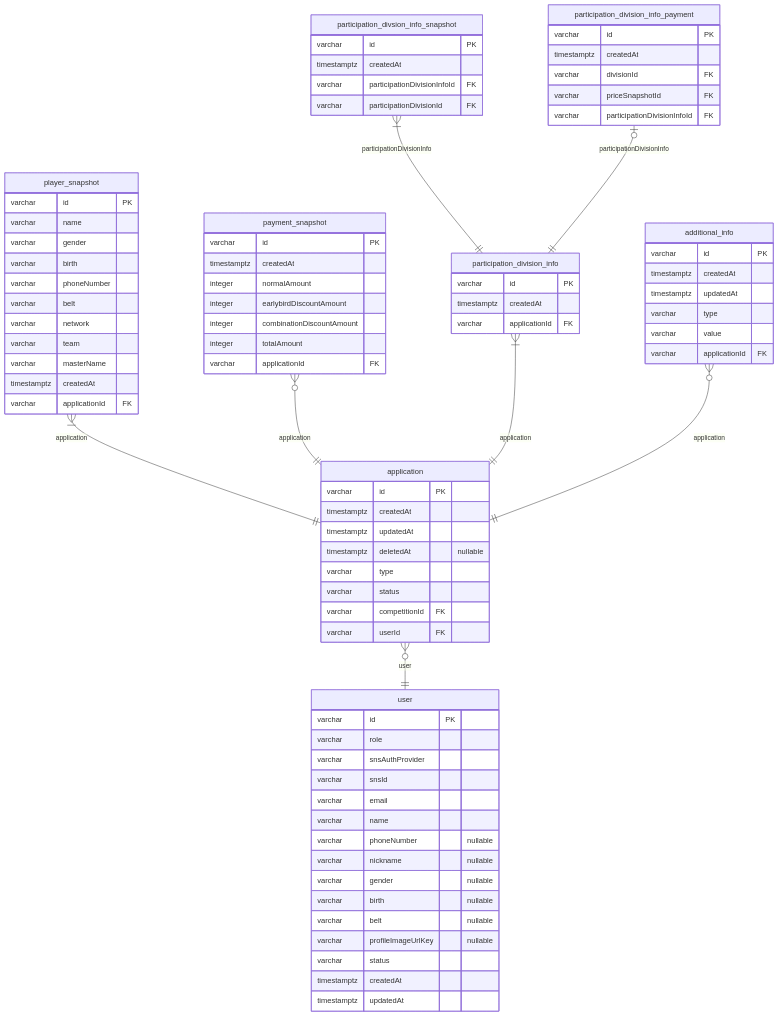
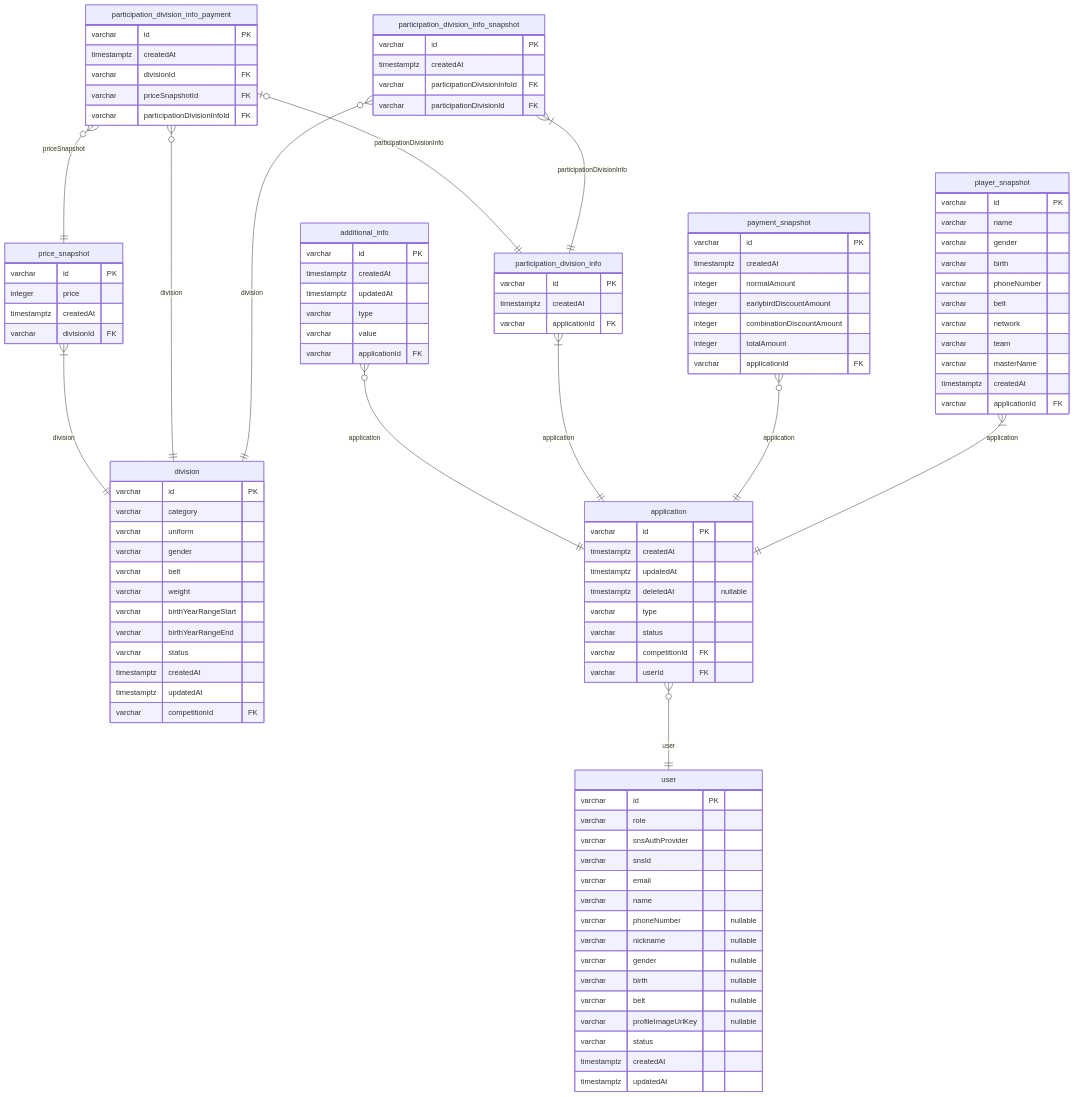
Before and after one commit to NAJUHA-JIUJITSU/najuha-v2-be: the second of 3 diagrams in docs/najiha-v2-erd.md, drawn with Mermaid. The commit also changed other lines of this file and 23 other files, not shown here.

````diff
--- a/docs/najiha-v2-erd.md
+++ b/docs/najiha-v2-erd.md
@@ -134,7 +134,7 @@
     integer totalAmount
     varchar applicationId FK
   }
-  participation_divsion_info_snapshot {
+  participation_division_info_snapshot {
     varchar id PK
     timestamptz createdAt
     varchar participationDivisionInfoId FK
@@ -151,6 +151,26 @@
     varchar divisionId FK
     varchar priceSnapshotId FK
     varchar participationDivisionInfoId FK
+  }
+  price_snapshot {
+    varchar id PK
+    integer price
+    timestamptz createdAt
+    varchar divisionId FK
+  }
+  division {
+    varchar id PK
+    varchar category
+    varchar uniform
+    varchar gender
+    varchar belt
+    varchar weight
+    varchar birthYearRangeStart
+    varchar birthYearRangeEnd
+    varchar status
+    timestamptz createdAt
+    timestamptz updatedAt
+    varchar competitionId FK
   }
   additional_info {
     varchar id PK
@@ -189,9 +209,13 @@
   }
   player_snapshot }|--|| application: application
   payment_snapshot }o--|| application: application
-  participation_divsion_info_snapshot }|--|| participation_division_info: participationDivisionInfo
+  participation_division_info_snapshot }|--|| participation_division_info: participationDivisionInfo
+  participation_division_info_snapshot }o--|| division: division
   participation_division_info }|--|| application: application
+  participation_division_info_payment }o--|| division: division
+  participation_division_info_payment }o--|| price_snapshot: priceSnapshot
   participation_division_info_payment |o--|| participation_division_info: participationDivisionInfo
+  price_snapshot }|--|| division: division
   additional_info }o--|| application: application
   application }o--|| user: user
 ```
````
